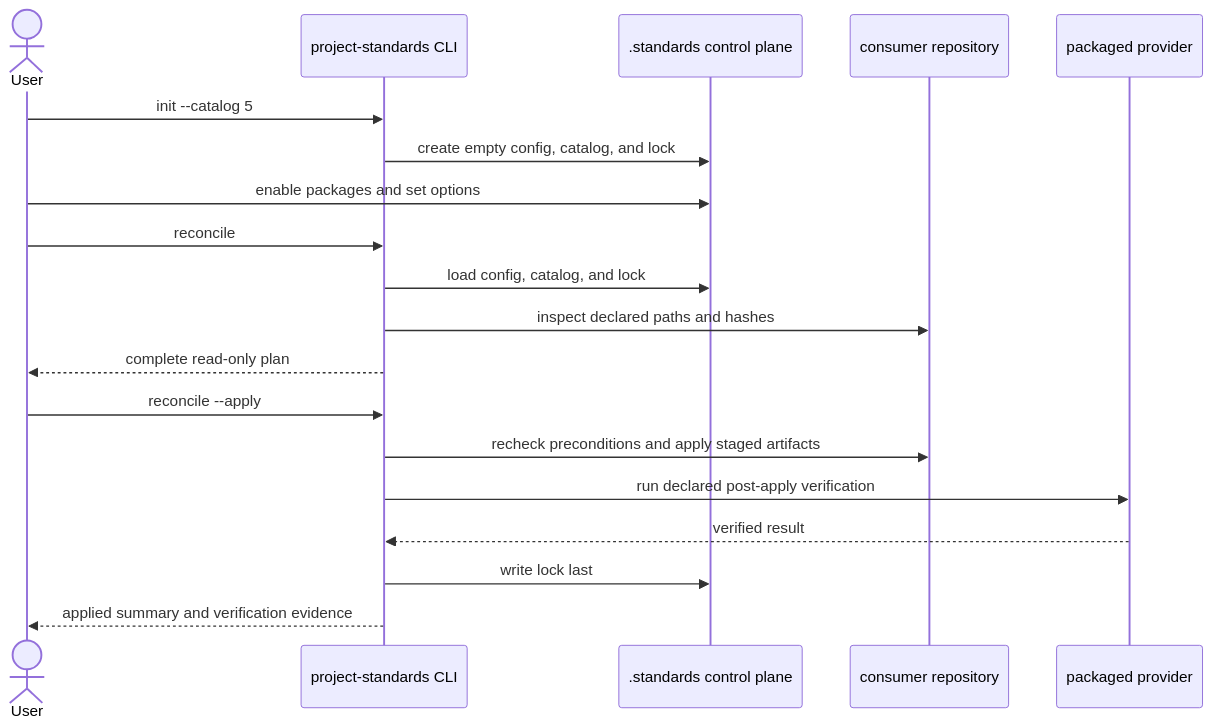
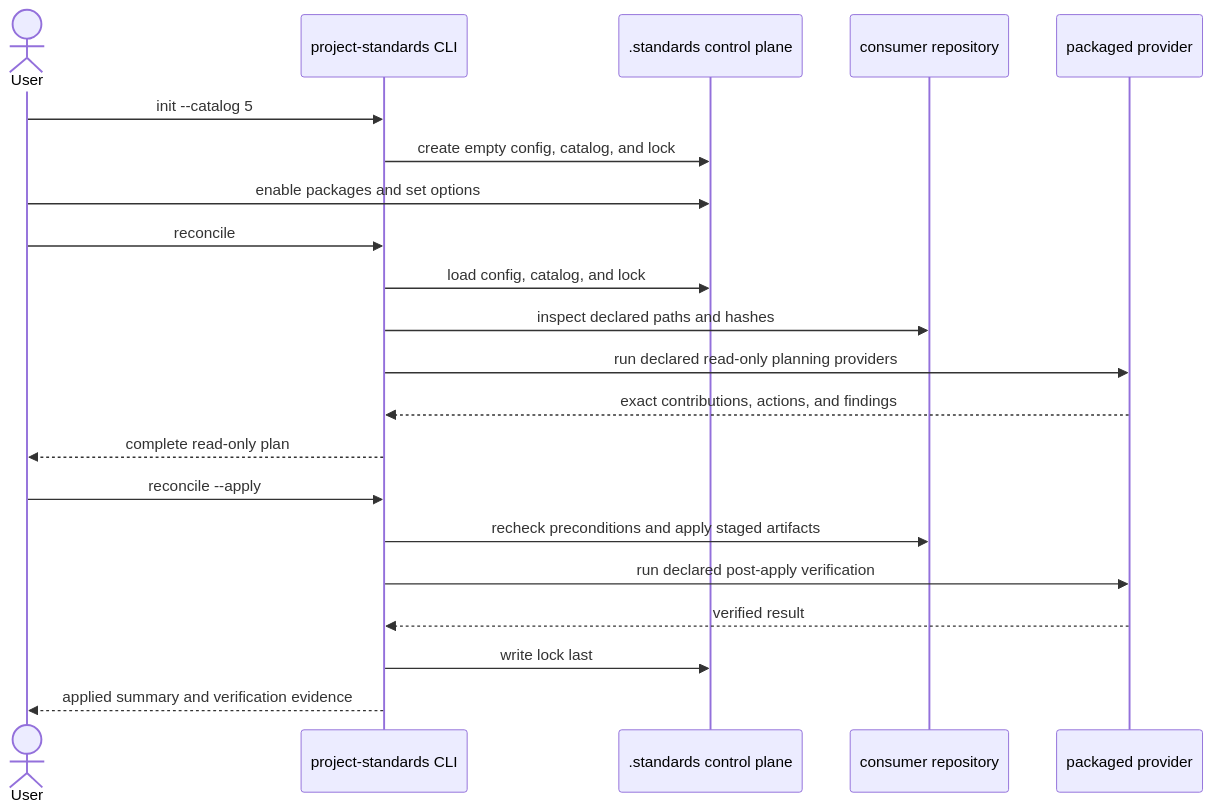
The second of 2 diagrams in docs/superpowers/specs/2026-07-10-consumer-standards-control-plane-spec.md (L3DigitalNet/project-standards), drawn with Mermaid before and after one commit. The commit also changed other lines of this file and 4 other files, not shown here.

````diff
--- a/docs/superpowers/specs/2026-07-10-consumer-standards-control-plane-spec.md
+++ b/docs/superpowers/specs/2026-07-10-consumer-standards-control-plane-spec.md
@@ -585,22 +594,24 @@
 ```mermaid
 sequenceDiagram
     actor User
     participant CLI as project-standards CLI
     participant Control as .standards control plane
     participant Repo as consumer repository
     participant Provider as packaged provider
 
     User->>CLI: init --catalog 5
     CLI->>Control: create empty config, catalog, and lock
     User->>Control: enable packages and set options
     User->>CLI: reconcile
     CLI->>Control: load config, catalog, and lock
     CLI->>Repo: inspect declared paths and hashes
+    CLI->>Provider: run declared read-only planning providers
+    Provider-->>CLI: exact contributions, actions, and findings
     CLI-->>User: complete read-only plan
     User->>CLI: reconcile --apply
     CLI->>Repo: recheck preconditions and apply staged artifacts
     CLI->>Provider: run declared post-apply verification
     Provider-->>CLI: verified result
     CLI->>Control: write lock last
     CLI-->>User: applied summary and verification evidence
 ```
````
